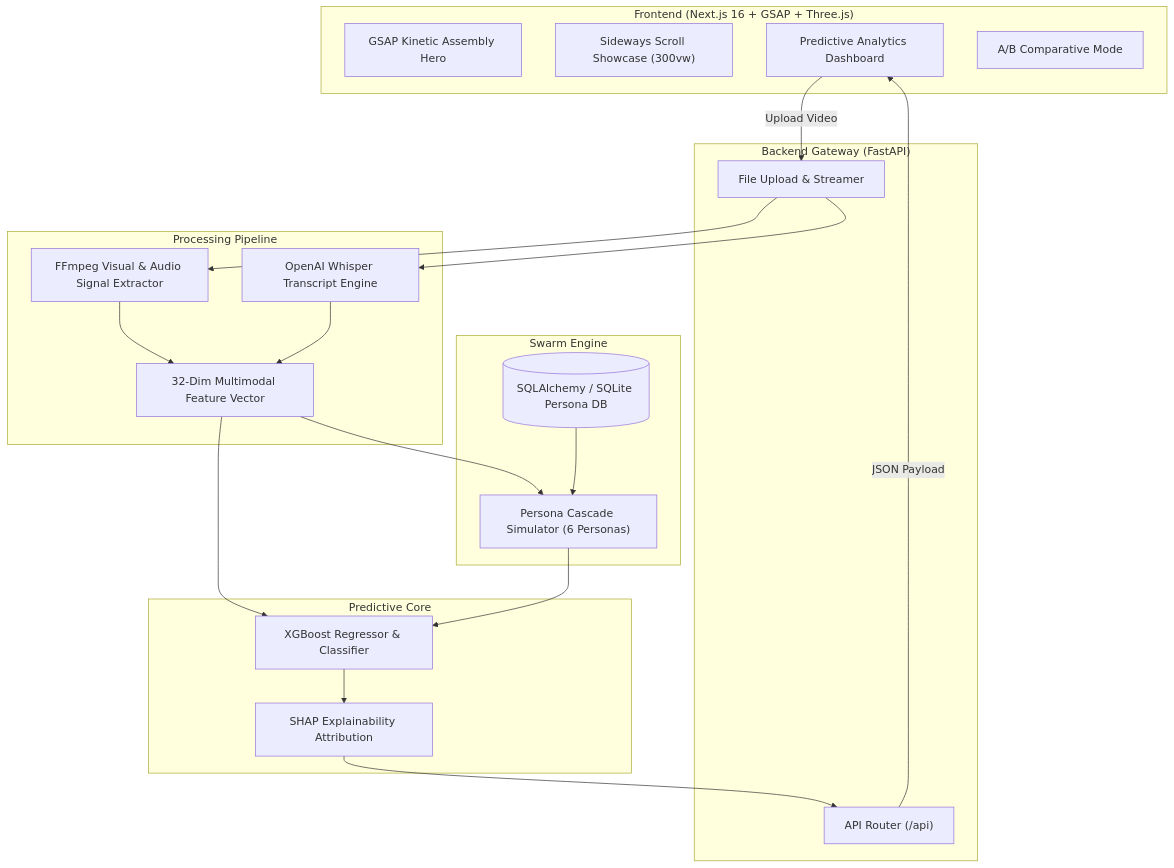
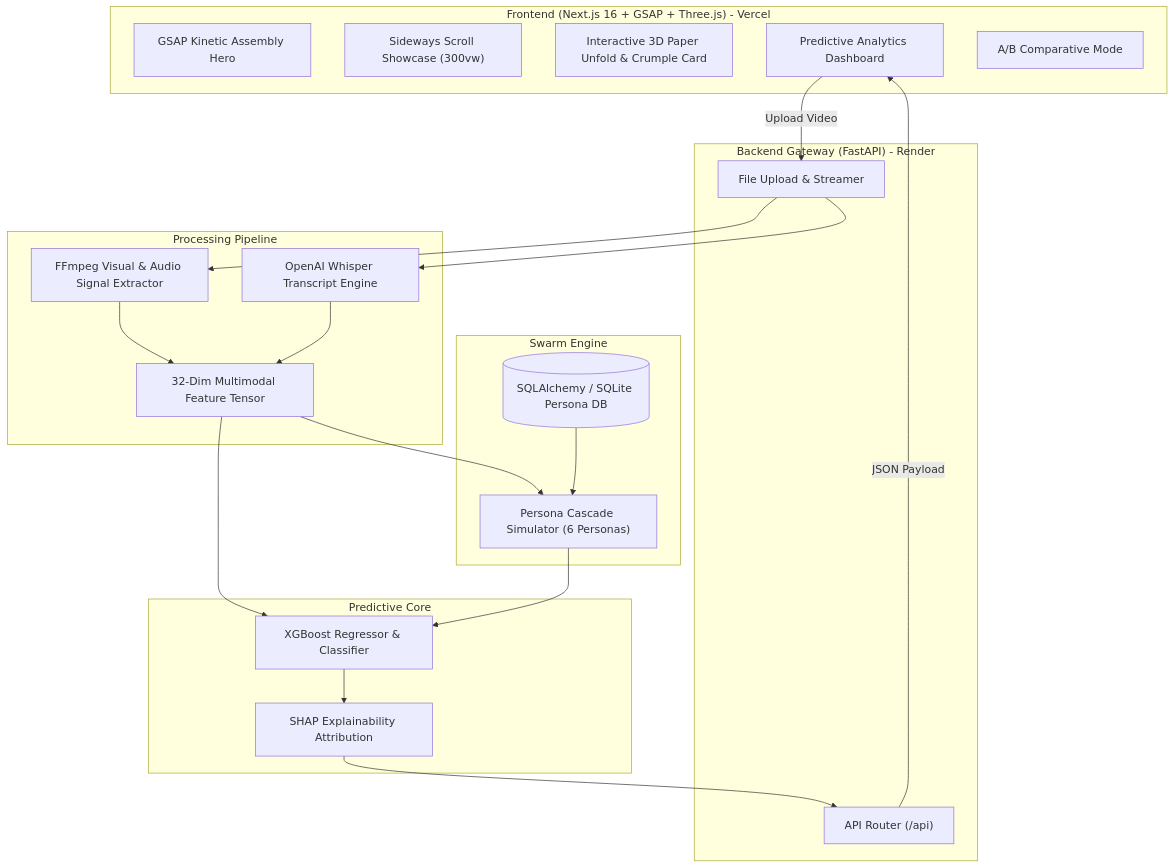
One commit to Rajmund09/VIRALYTIX changed the first of 2 diagrams in README.md. Above: the diagram before and after it, drawn with Mermaid. The commit also changed other lines of this file and 39 other files, not shown here.

````diff
--- a/README.md
+++ b/README.md
@@ -97,41 +116,42 @@
 ```mermaid
 flowchart TD
-    subgraph Client ["Frontend (Next.js 16 + GSAP + Three.js)"]
+    subgraph Client ["Frontend (Next.js 16 + GSAP + Three.js) - Vercel"]
         HeroUI["GSAP Kinetic Assembly Hero"]
         HorizontalUI["Sideways Scroll Showcase (300vw)"]
+        PaperCard["Interactive 3D Paper Unfold & Crumple Card"]
         Dashboard["Predictive Analytics Dashboard"]
         ABView["A/B Comparative Mode"]
     end
 
-    subgraph API ["Backend Gateway (FastAPI)"]
+    subgraph API ["Backend Gateway (FastAPI) - Render"]
         Router["API Router (/api)"]
         UploadHandler["File Upload & Streamer"]
     end
 
     subgraph Pipeline ["Processing Pipeline"]
         FFmpeg["FFmpeg Visual & Audio Signal Extractor"]
         Whisper["OpenAI Whisper Transcript Engine"]
-        FeatureVector["32-Dim Multimodal Feature Vector"]
+        FeatureVector["32-Dim Multimodal Feature Tensor"]
     end
 
     subgraph Simulation ["Swarm Engine"]
         PersonaDB[("SQLAlchemy / SQLite Persona DB")]
         CascadeSim["Persona Cascade Simulator (6 Personas)"]
     end
 
     subgraph ML ["Predictive Core"]
         XGBoost["XGBoost Regressor & Classifier"]
         SHAPEngine["SHAP Explainability Attribution"]
     end
 
     Dashboard -->|Upload Video| UploadHandler
     UploadHandler --> FFmpeg
     UploadHandler --> Whisper
     FFmpeg & Whisper --> FeatureVector
     FeatureVector --> CascadeSim
     PersonaDB --> CascadeSim
     FeatureVector & CascadeSim --> XGBoost
     XGBoost --> SHAPEngine
     SHAPEngine --> Router
     Router -->|JSON Payload| Dashboard
 ```
````
